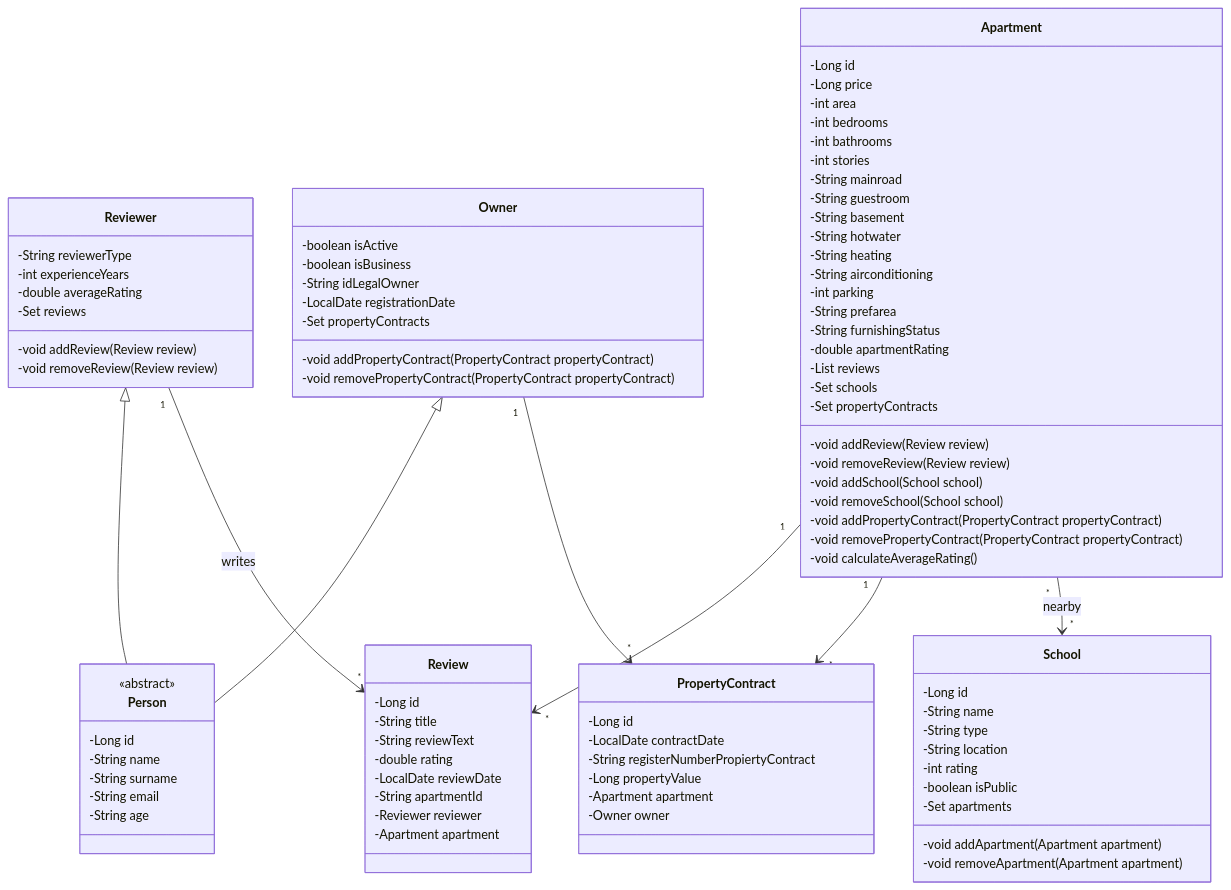
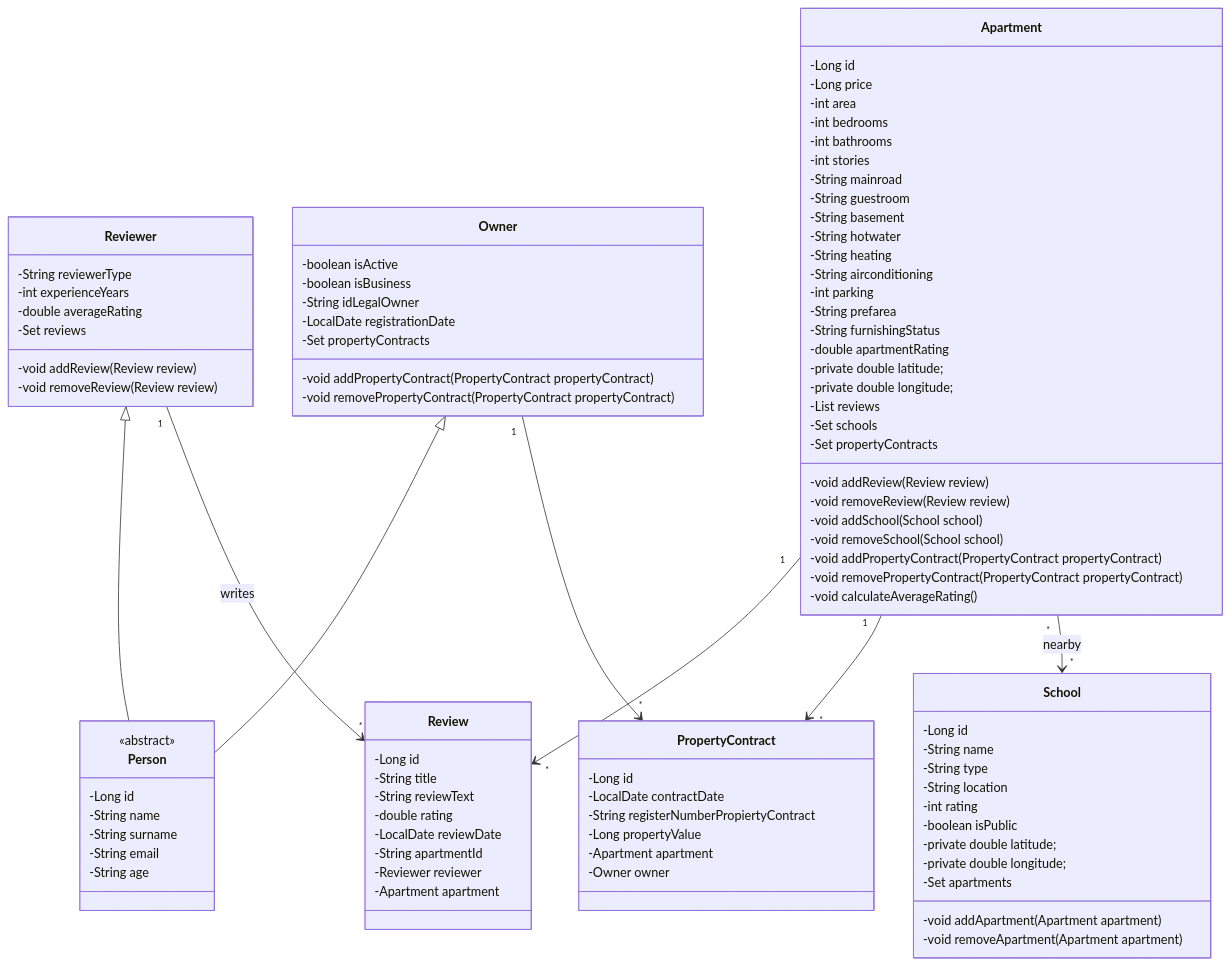
The diagram in docs/apartmentPredictor-masterDoc.md (EricBM19/ApartmentPredictor-Spring-Backend), drawn with Mermaid before and after one commit. The commit also changed other lines of this file and 2 other files, not shown here.

```diff
--- a/docs/apartmentPredictor-masterDoc.md
+++ b/docs/apartmentPredictor-masterDoc.md
@@ -66,6 +64,8 @@
         -String prefarea
         -String furnishingStatus
         -double apartmentRating
+        -private double latitude;
+        -private double longitude;
         -List <Review> reviews
         -Set <School> schools
         -Set <PropertyContract> propertyContracts
@@ -94,6 +94,8 @@
         -String location
         -int rating
         -boolean isPublic
+        -private double latitude;
+        -private double longitude;
         -Set <Apartment> apartments
         -void addApartment(Apartment apartment)
         -void removeApartment(Apartment apartment)
```
